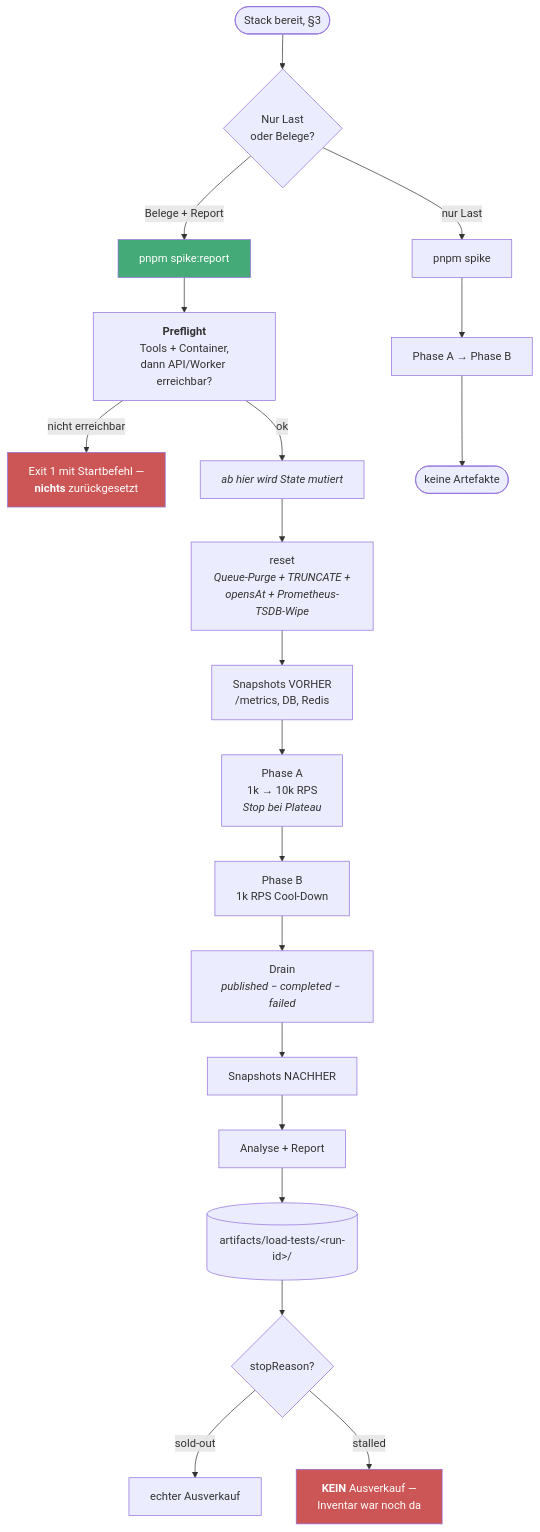
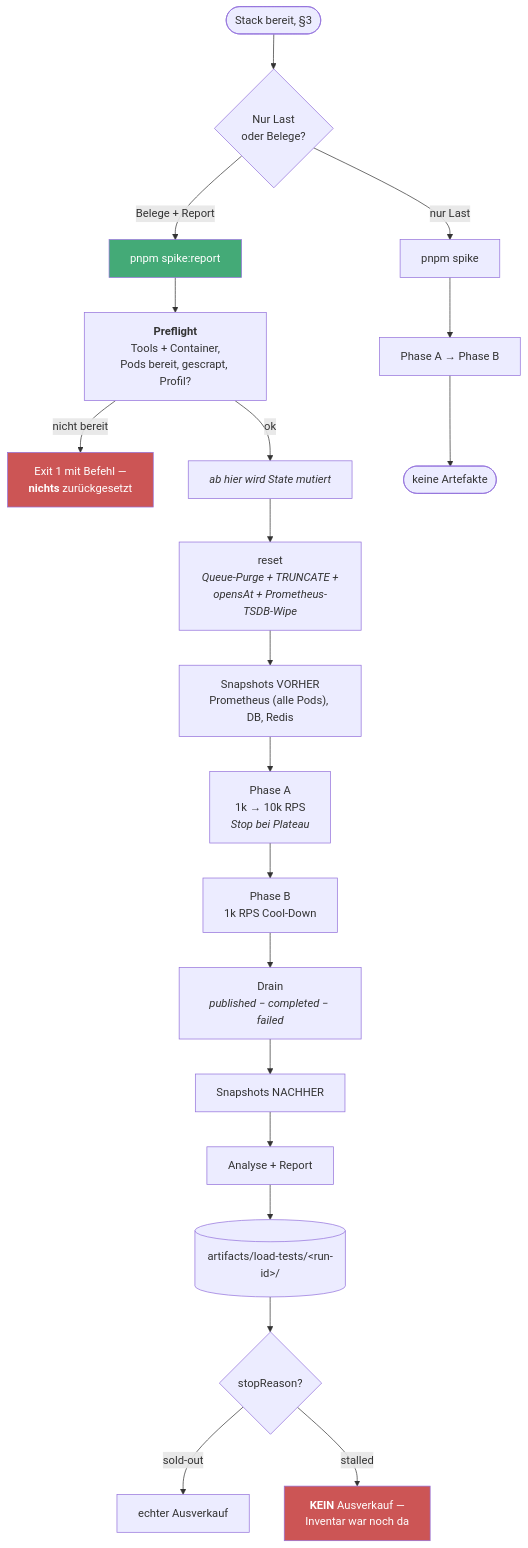
Before and after one commit to schuler-ph/high-frequency-ticket-system: the fifth of 9 diagrams in docs/RUNBOOK.md, drawn with Mermaid. The commit also changed other lines of this file and 30 other files, not shown here.

````diff
--- a/docs/RUNBOOK.md
+++ b/docs/RUNBOOK.md
@@ -377,30 +407,30 @@
 ```mermaid
 flowchart TD
     A([Stack bereit, §3]) --> B{"Nur Last<br/>oder Belege?"}
 
     B -->|nur Last| C["pnpm spike"]
     B -->|Belege + Report| D["pnpm spike:report"]
 
-    D --> D0["<b>Preflight</b><br/>Tools + Container,<br/>dann API/Worker erreichbar?"]
-    D0 -->|"nicht erreichbar"| DX["Exit 1 mit Startbefehl —<br/><b>nichts</b> zurückgesetzt"]
+    D --> D0["<b>Preflight</b><br/>Tools + Container,<br/>Pods bereit, gescrapt, Profil?"]
+    D0 -->|"nicht bereit"| DX["Exit 1 mit Befehl —<br/><b>nichts</b> zurückgesetzt"]
     D0 -->|ok| D1["<i>ab hier wird State mutiert</i>"]
     D1 --> D2["reset<br/><i>Queue-Purge + TRUNCATE +<br/>opensAt + Prometheus-TSDB-Wipe</i>"]
-    D2 --> D3["Snapshots VORHER<br/>/metrics, DB, Redis"]
+    D2 --> D3["Snapshots VORHER<br/>Prometheus (alle Pods), DB, Redis"]
     D3 --> D4["Phase A<br/>1k → 10k RPS<br/><i>Stop bei Plateau</i>"]
     D4 --> D5["Phase B<br/>1k RPS Cool-Down"]
     D5 --> D6["Drain<br/><i>published − completed − failed</i>"]
     D6 --> D7["Snapshots NACHHER"]
     D7 --> D8["Analyse + Report"]
     D8 --> E[("artifacts/load-tests/&lt;run-id&gt;/")]
 
     C --> C1["Phase A → Phase B"]
     C1 --> C2(["keine Artefakte"])
 
     E --> F{"stopReason?"}
     F -->|sold-out| G["echter Ausverkauf"]
     F -->|stalled| H["<b>KEIN</b> Ausverkauf —<br/>Inventar war noch da"]
 
     style D fill:#4a7,color:#fff
     style H fill:#c55,color:#fff
     style DX fill:#c55,color:#fff
 ```
````
